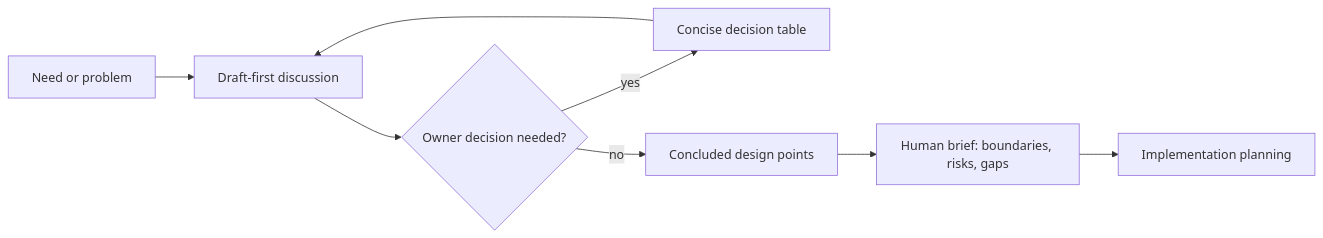
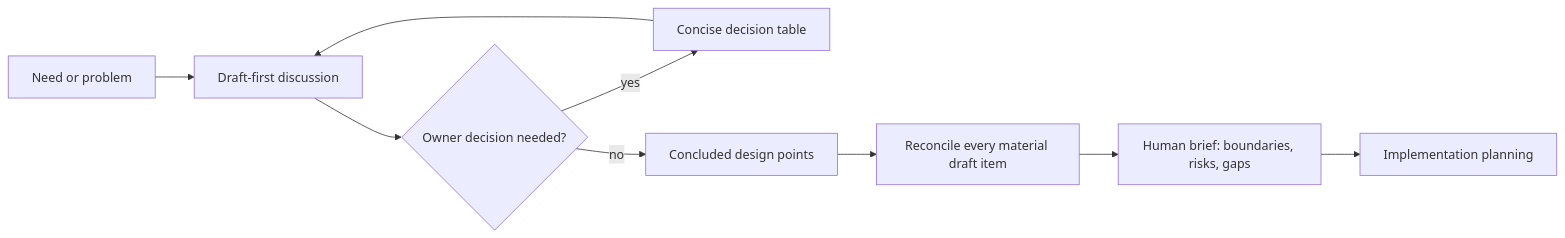
The fourth of 11 diagrams in README.md (hhhhhusky777/spec-driven-delivery-playbook), drawn with Mermaid before and after one commit. The commit also changed other lines of this file and 8 other files, not shown here.

````diff
--- a/README.md
+++ b/README.md
@@ -203,10 +204,11 @@
 ```mermaid
 flowchart LR
     N["Need or problem"] --> D["Draft-first discussion"]
     D --> Q{"Owner decision needed?"}
     Q -->|"yes"| T["Concise decision table"]
     T --> D
     Q -->|"no"| C["Concluded design points"]
-    C --> B["Human brief: boundaries, risks, gaps"]
+    C --> R["Reconcile every material draft item"]
+    R --> B["Human brief: boundaries, risks, gaps"]
     B --> P["Implementation planning"]
 ```
````
